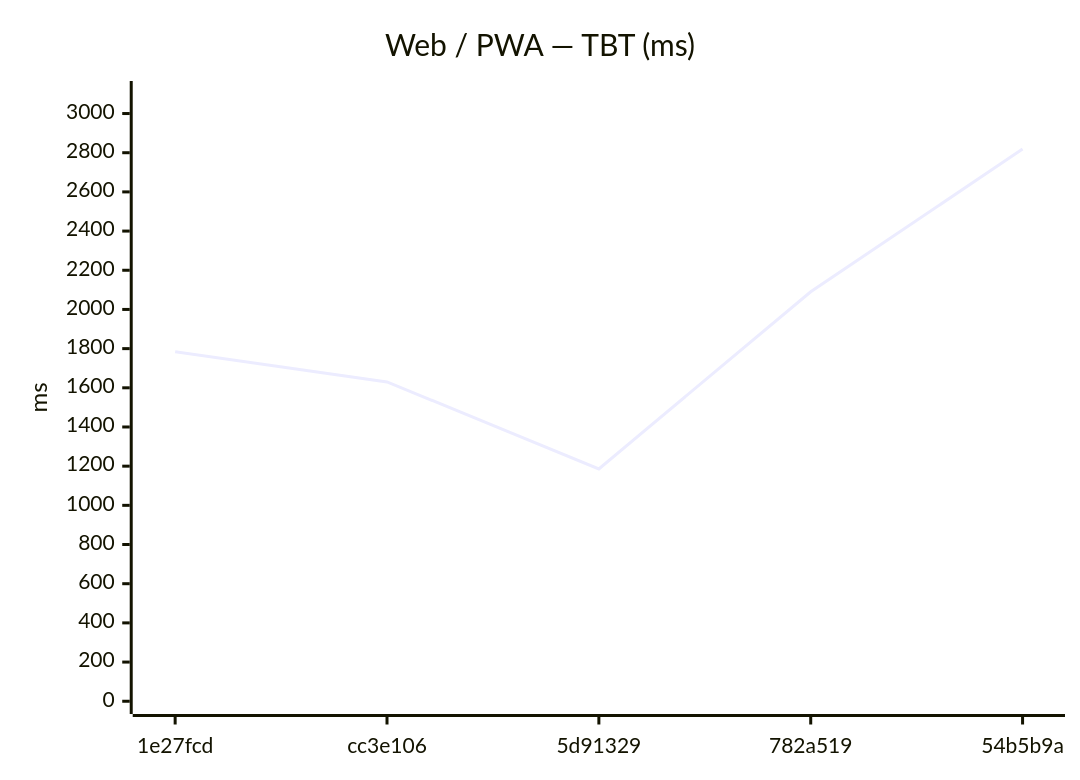
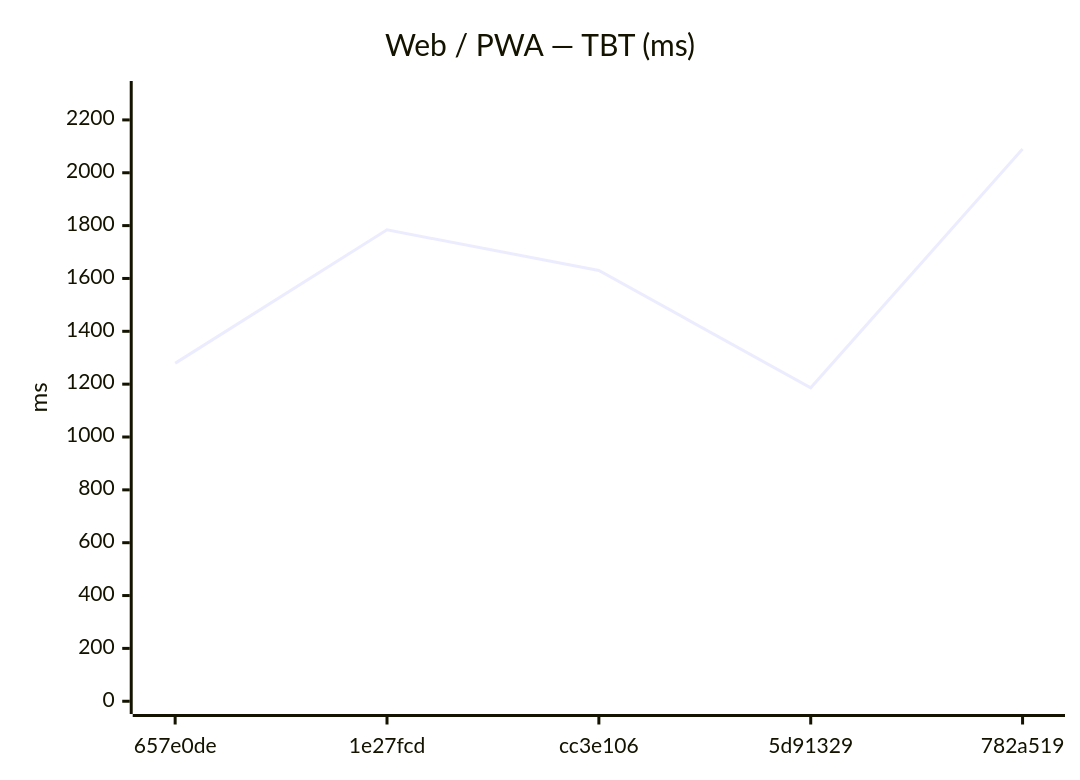
Before and after one commit to Metaheurist/Rianell: the eighth of 18 diagrams in benchmarks/compare.md, drawn with Mermaid. The commit also changed other lines of this file and 11 other files, not shown here.

````diff
--- a/benchmarks/compare.md
+++ b/benchmarks/compare.md
@@ -124,7 +124,7 @@
 ```mermaid
 xychart-beta
     title "Web / PWA — TBT (ms)"
-    x-axis ["1e27fcd", "cc3e106", "5d91329", "782a519", "54b5b9a"]
-    y-axis "ms" 0 --> 3101
-    line [1784, 1630, 1186, 2090, 2819]
+    x-axis ["657e0de", "1e27fcd", "cc3e106", "5d91329", "782a519"]
+    y-axis "ms" 0 --> 2299
+    line [1279, 1784, 1630, 1186, 2090]
 ```
````
